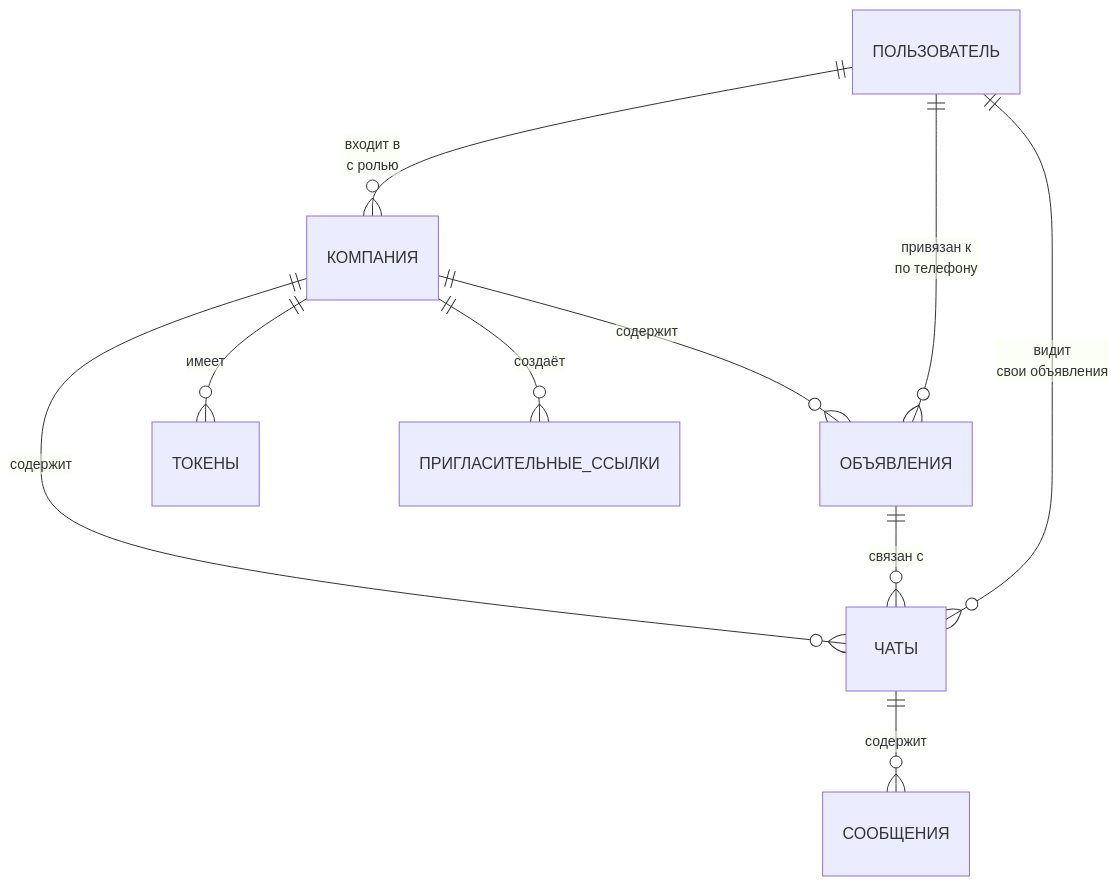
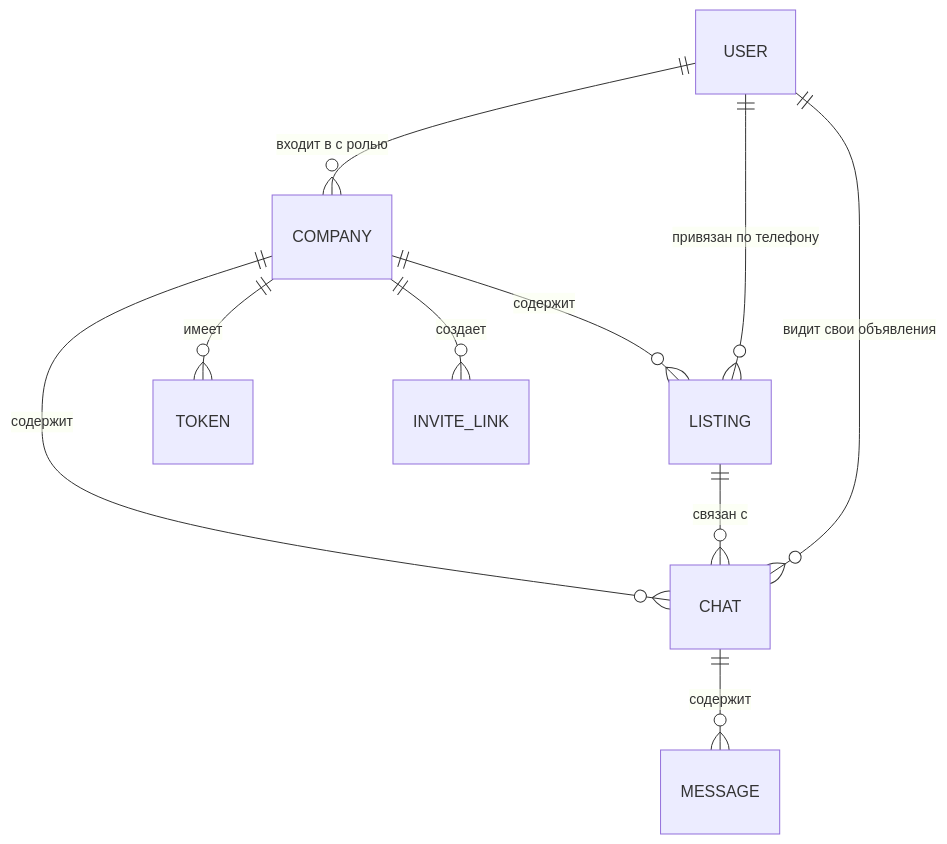
The eighth of 10 diagrams in untitled-page.mdx (mcandylab/mintlify-docs), drawn with Mermaid before and after one commit.

Commit message:
Documentation edits made through Mintlify web editor

````diff
--- a/untitled-page.mdx
+++ b/untitled-page.mdx
@@ -311,12 +311,12 @@
 ```mermaid
 erDiagram
-    ПОЛЬЗОВАТЕЛЬ ||--o{ КОМПАНИЯ : "входит в<br/>с ролью"
-    КОМПАНИЯ ||--o{ ОБЪЯВЛЕНИЯ : "содержит"
-    КОМПАНИЯ ||--o{ ТОКЕНЫ : "имеет"
-    КОМПАНИЯ ||--o{ ПРИГЛАСИТЕЛЬНЫЕ_ССЫЛКИ : "создаёт"
-    КОМПАНИЯ ||--o{ ЧАТЫ : "содержит"
-    ЧАТЫ ||--o{ СООБЩЕНИЯ : "содержит"
-    ПОЛЬЗОВАТЕЛЬ ||--o{ ОБЪЯВЛЕНИЯ : "привязан к<br/>по телефону"
-    ОБЪЯВЛЕНИЯ ||--o{ ЧАТЫ : "связан с"
-    ПОЛЬЗОВАТЕЛЬ ||--o{ ЧАТЫ : "видит<br/>свои объявления"
+    USER ||--o{ COMPANY : "входит в с ролью"
+    COMPANY ||--o{ LISTING : "содержит"
+    COMPANY ||--o{ TOKEN : "имеет"
+    COMPANY ||--o{ INVITE_LINK : "создает"
+    COMPANY ||--o{ CHAT : "содержит"
+    CHAT ||--o{ MESSAGE : "содержит"
+    USER ||--o{ LISTING : "привязан по телефону"
+    LISTING ||--o{ CHAT : "связан с"
+    USER ||--o{ CHAT : "видит свои объявления"
 ```
````
